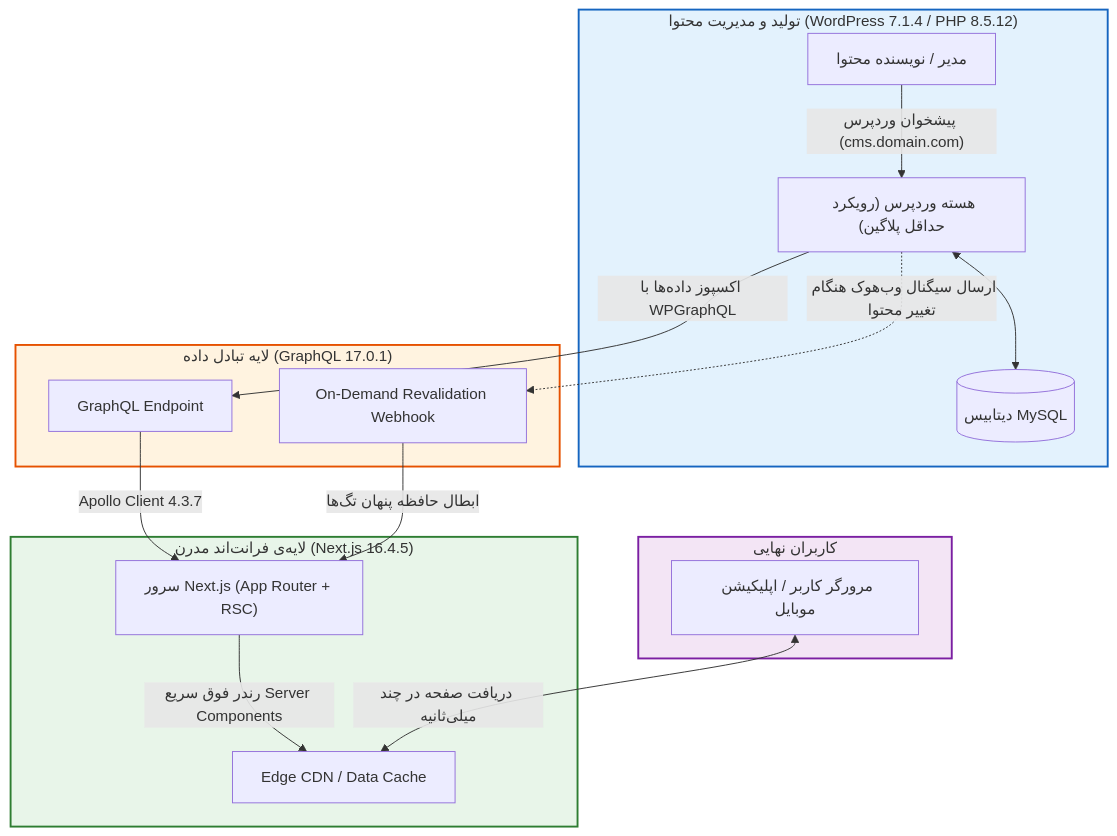
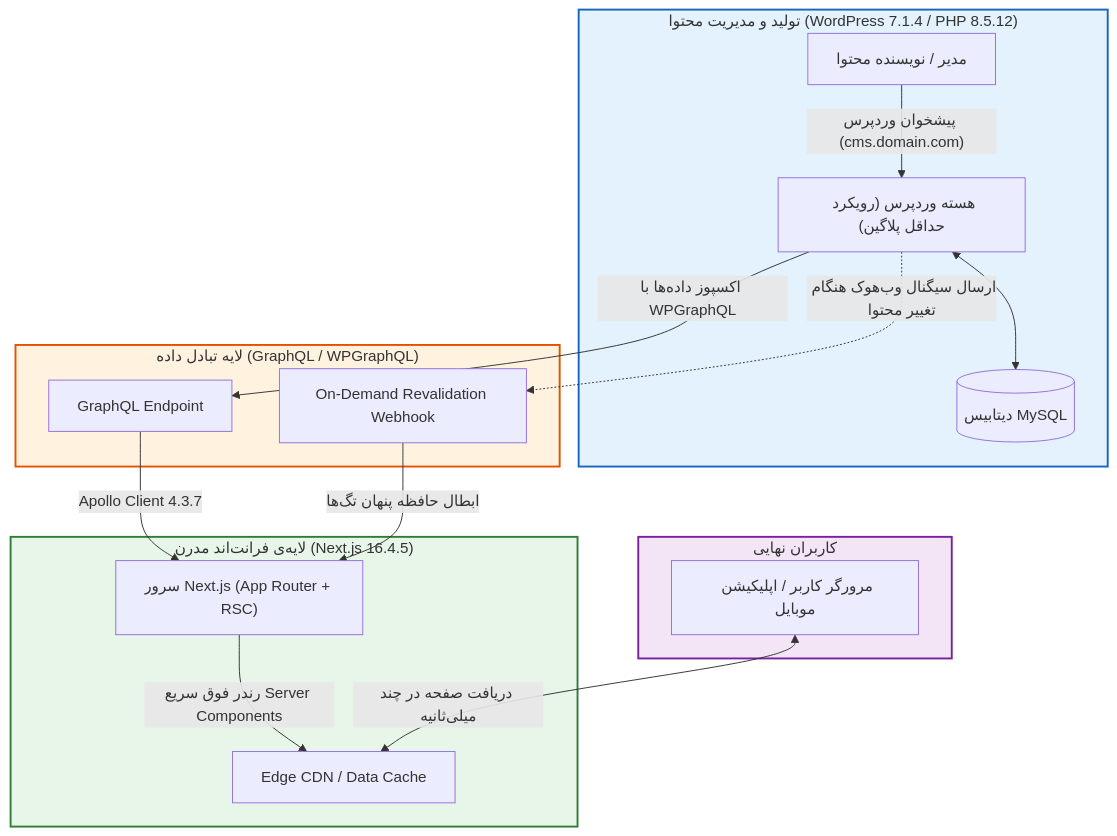
Before and after one commit to herehossein/headlessWP-nextJS: the second of 3 diagrams in book/01-architecture-and-comparison.md, drawn with Mermaid. The commit also changed other lines of this file and 11 other files, not shown here.

First line of the commit message:
fix(book): resolve factual inaccuracies, deprecations, and auth architecture

````diff
--- a/book/01-architecture-and-comparison.md
+++ b/book/01-architecture-and-comparison.md
@@ -50,27 +50,27 @@
 ```mermaid
 flowchart TD
     subgraph Editors["تولید و مدیریت محتوا (WordPress 7.1.4 / PHP 8.5.12)"]
         Admin["مدیر / نویسنده محتوا"] -->|"پیشخوان وردپرس (cms.domain.com)"| WP["هسته وردپرس (رویکرد حداقل پلاگین)"]
         WP <--> MySQL[(دیتابیس MySQL)]
     end
 
-    subgraph API_Layer["لایه تبادل داده (GraphQL 17.0.1)"]
+    subgraph API_Layer["لایه تبادل داده (GraphQL / WPGraphQL)"]
         WP -->|"اکسپوز داده‌ها با WPGraphQL"| GQL["GraphQL Endpoint"]
         WP -.->|"ارسال سیگنال وب‌هوک هنگام تغییر محتوا"| Webhook["On-Demand Revalidation Webhook"]
     end
 
     subgraph Frontend["لایه‌ی فرانت‌اند مدرن (Next.js 16.4.5)"]
         GQL -->|"Apollo Client 4.3.7"| NextServer["سرور Next.js (App Router + RSC)"]
         Webhook -->|"ابطال حافظه پنهان تگ‌ها"| NextServer
         NextServer -->|"رندر فوق سریع Server Components"| EdgeCache["Edge CDN / Data Cache"]
     end
 
     subgraph Users["کاربران نهایی"]
         Client["مرورگر کاربر / اپلیکیشن موبایل"] <-->|"دریافت صفحه در چند میلی‌ثانیه"| EdgeCache
     end
 
     style Editors fill:#e3f2fd,stroke:#1565c0,stroke-width:2px
     style API_Layer fill:#fff3e0,stroke:#e65100,stroke-width:2px
     style Frontend fill:#e8f5e9,stroke:#2e7d32,stroke-width:2px
     style Users fill:#f3e5f5,stroke:#7b1fa2,stroke-width:2px
 ```
````
